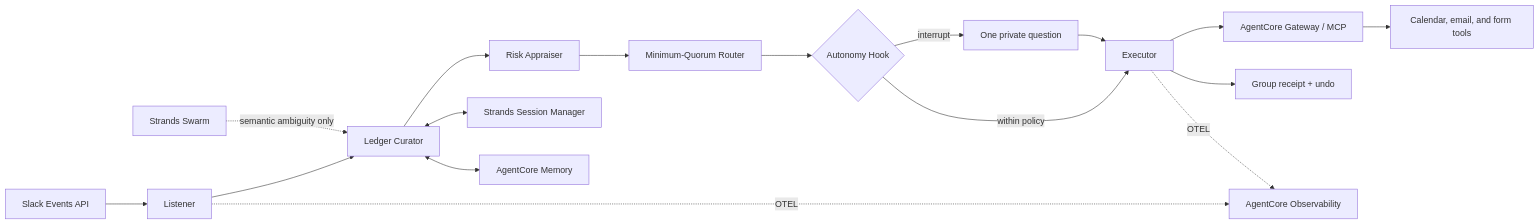
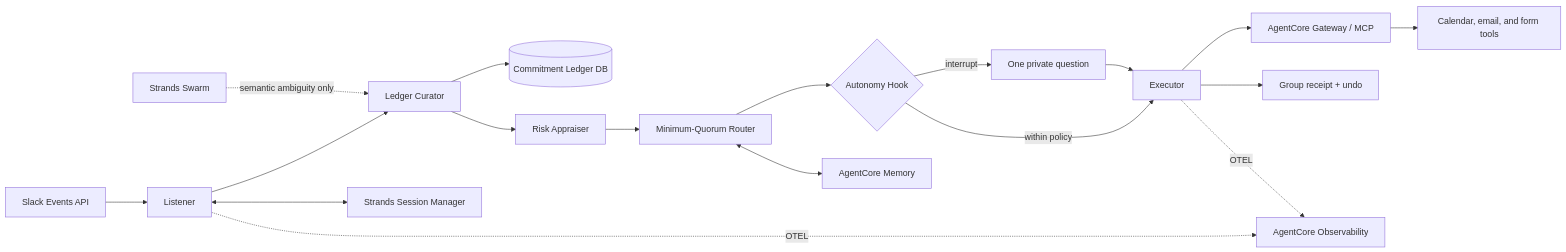
One commit to wellkilo/Quorum changed the diagram in README.md. Above: the diagram before and after it, drawn with Mermaid. The commit also changed other lines of this file and 19 other files, not shown here.

````diff
--- a/README.md
+++ b/README.md
@@ -53,20 +55,21 @@
 ```mermaid
 flowchart LR
     Slack[Slack Events API] --> Listener[Listener]
     Listener --> Ledger[Ledger Curator]
+    Ledger --> BusinessDB[(Commitment Ledger DB)]
     Ledger --> Risk[Risk Appraiser]
     Risk --> Router[Minimum-Quorum Router]
     Router --> Gate{Autonomy Hook}
     Gate -->|interrupt| DM[One private question]
     Gate -->|within policy| Executor[Executor]
     DM --> Executor
     Executor --> Gateway[AgentCore Gateway / MCP]
     Gateway --> Tools[Calendar, email, and form tools]
     Executor --> Receipt[Group receipt + undo]
 
-    Ledger <--> Session[Strands Session Manager]
-    Ledger <--> Memory[AgentCore Memory]
+    Listener <--> Session[Strands Session Manager]
+    Router <--> Memory[AgentCore Memory]
     Listener -. OTEL .-> Observe[AgentCore Observability]
     Executor -. OTEL .-> Observe
     Ambiguity[Strands Swarm] -. semantic ambiguity only .-> Ledger
 ```
````
